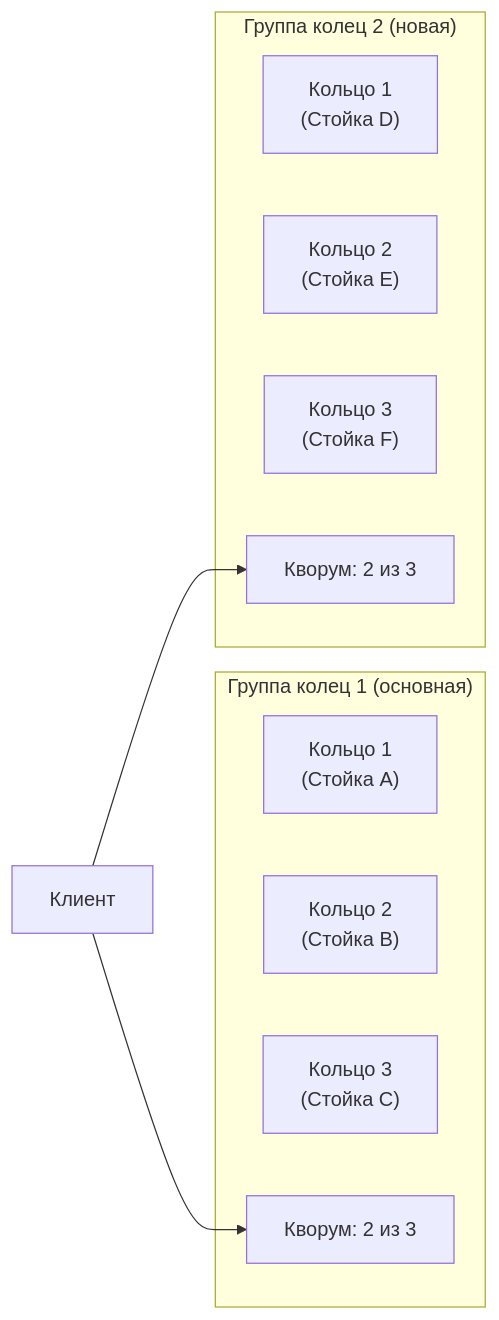
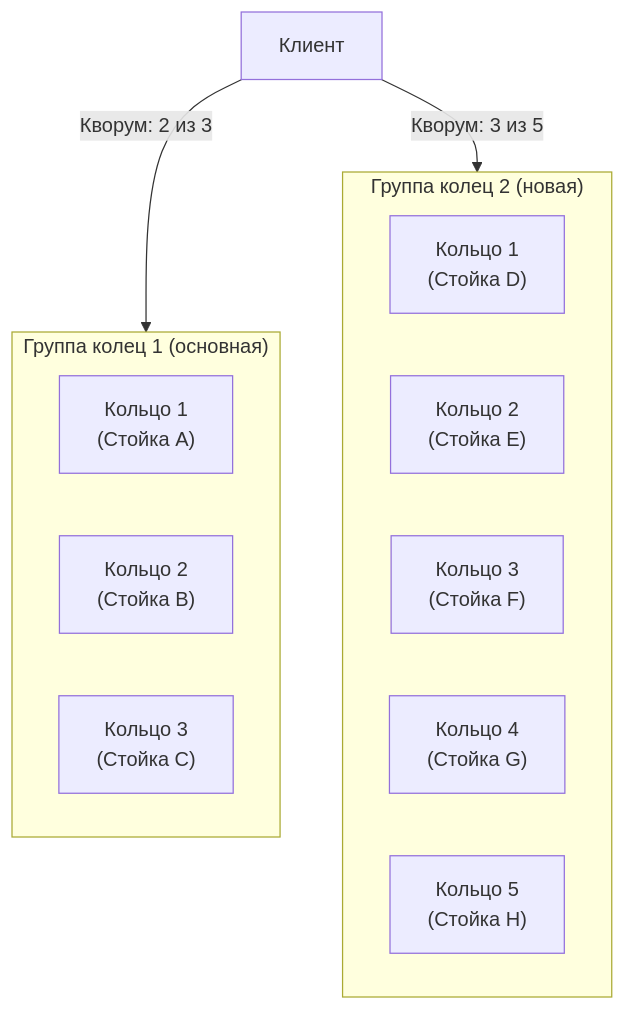
One commit to ydb-platform/ydb changed the third of 3 diagrams in ydb/docs/ru/core/concepts/metadata-distribution.md. Above: the diagram before and after it, drawn with Mermaid. The commit also changed other lines of this file, not shown here.

Commit message:
fix diagrams

````diff
--- a/ydb/docs/ru/core/concepts/metadata-distribution.md
+++ b/ydb/docs/ru/core/concepts/metadata-distribution.md
@@ -95,18 +98,17 @@
 ```mermaid
-graph LR
-    subgraph "Группа колец 1 (основная)"
+graph TD
+    subgraph G1["Группа колец 1 (основная)"]
         G1R1["Кольцо 1\n(Стойка A)"]
         G1R2["Кольцо 2\n(Стойка B)"]
         G1R3["Кольцо 3\n(Стойка C)"]
-        G1Q["Кворум: 2 из 3"]
     end
-    subgraph "Группа колец 2 (новая)"
+    subgraph G2["Группа колец 2 (новая)"]
         G2R1["Кольцо 1\n(Стойка D)"]
         G2R2["Кольцо 2\n(Стойка E)"]
         G2R3["Кольцо 3\n(Стойка F)"]
-        G2Q["Кворум: 2 из 3"]
+        G2R4["Кольцо 4\n(Стойка G)"]
+        G2R5["Кольцо 5\n(Стойка H)"]
     end
-
-    Client["Клиент"] --> G1Q
-    Client --> G2Q
+    Client["Клиент"] --Кворум: 2 из 3--> G1
+    Client --Кворум: 3 из 5--> G2
 ```
````
